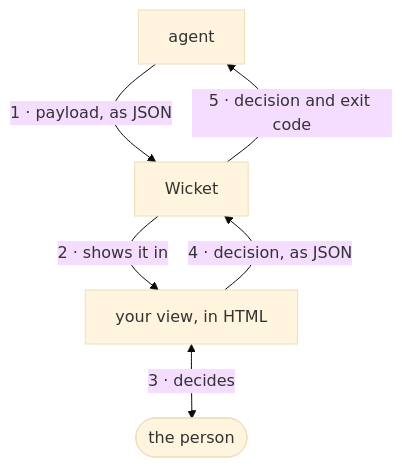
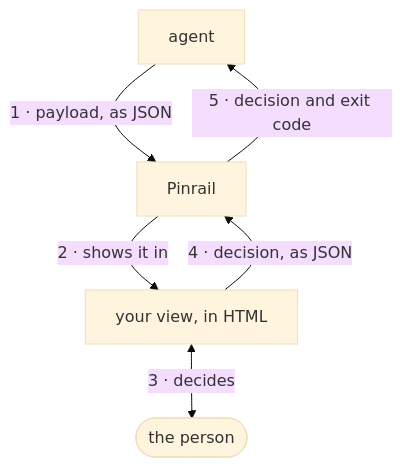
One commit to forgeplane/pinrail changed the first of 2 diagrams in docs/building/writing.md. Above: the diagram before and after it, drawn with Mermaid (base theme). The commit also changed other lines of this file and 248 other files, not shown here.

Commit message:
Rename Wicket to Pinrail

````diff
--- a/docs/building/writing.md
+++ b/docs/building/writing.md
@@ -16,8 +16,8 @@
 ```mermaid title="One review, end to end"
 flowchart TB
-  A["agent"] -->|"1 · payload, as JSON"| S["Wicket"]
+  A["agent"] -->|"1 · payload, as JSON"| S["Pinrail"]
   S -->|"2 · shows it in"| V["your view, in HTML"]
   V <-->|"3 · decides"| P(["the person"]):::you
   V -->|"4 · decision, as JSON"| S
   S -->|"5 · decision and exit code"| A
 ```
````
